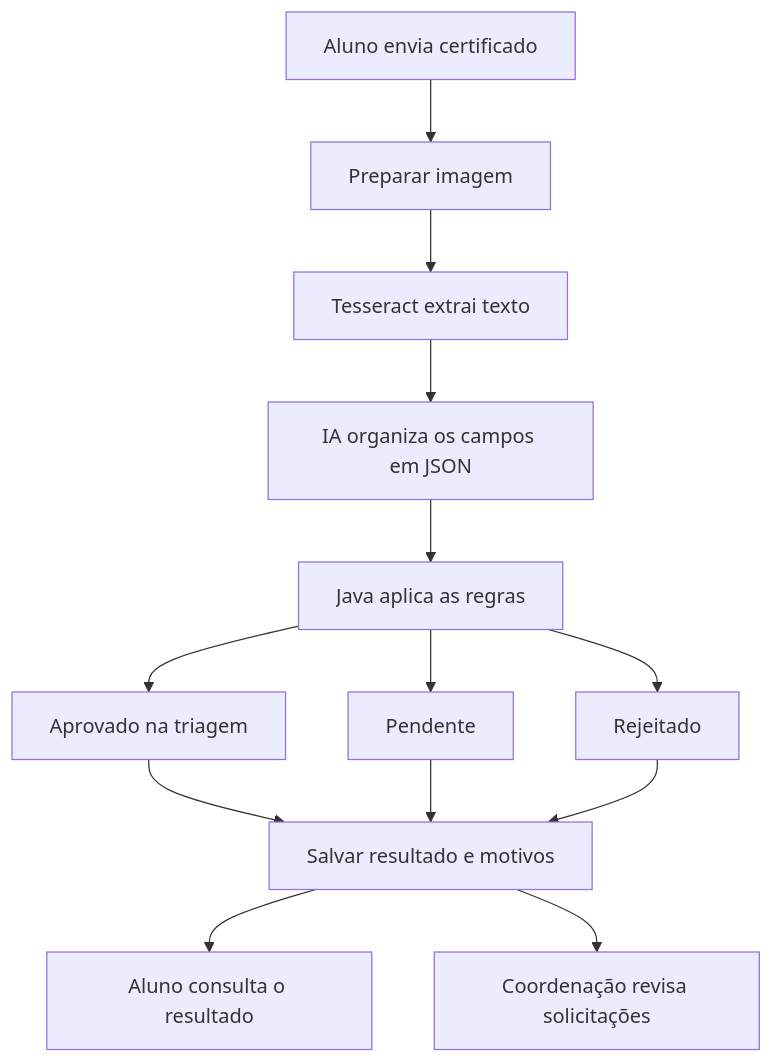
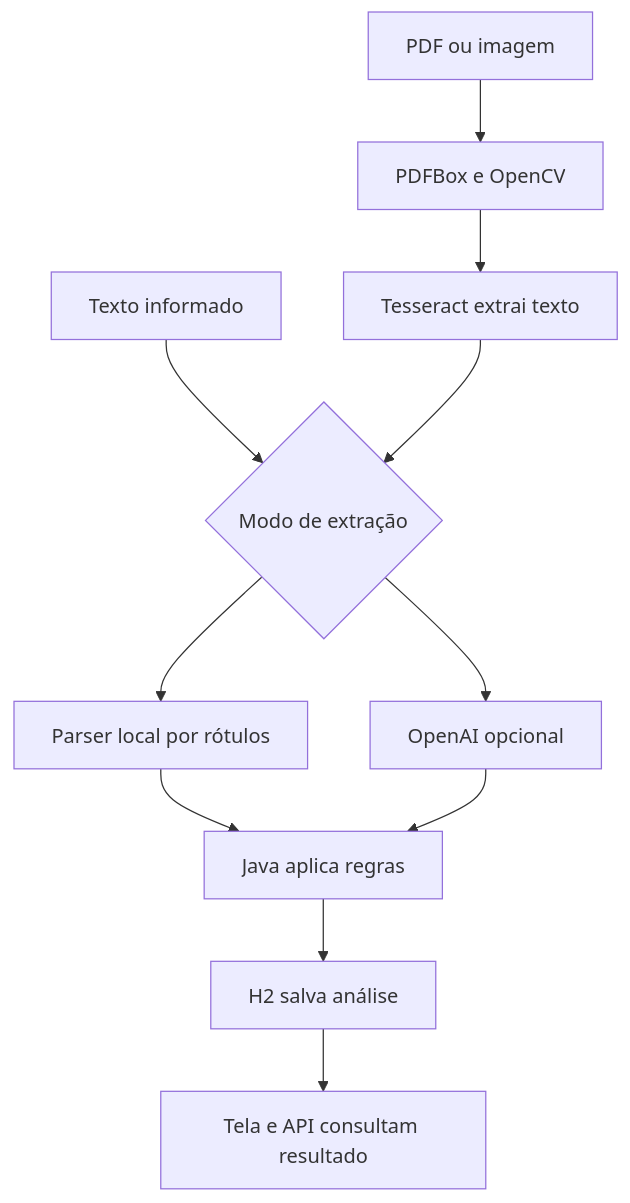
Before and after one commit to luisfim/validacao-certificados: the diagram in README.md, drawn with Mermaid. The commit also changed other lines of this file and 10 other files, not shown here.

````diff
--- a/README.md
+++ b/README.md
@@ -48,15 +129,13 @@
 ```mermaid
 flowchart TD
-    A[Aluno envia certificado] --> B[Preparar imagem]
+    A[PDF ou imagem] --> B[PDFBox e OpenCV]
     B --> C[Tesseract extrai texto]
-    C --> D[IA organiza os campos em JSON]
-    D --> E[Java aplica as regras]
-    E --> F[Aprovado na triagem]
-    E --> G[Pendente]
-    E --> H[Rejeitado]
-    F --> I[Salvar resultado e motivos]
-    G --> I
-    H --> I
-    I --> J[Aluno consulta o resultado]
-    I --> K[Coordenação revisa solicitações]
+    D[Texto informado] --> E{Modo de extração}
+    C --> E
+    E --> F[Parser local por rótulos]
+    E --> G[OpenAI opcional]
+    F --> H[Java aplica regras]
+    G --> H
+    H --> I[H2 salva análise]
+    I --> J[Tela e API consultam resultado]
 ```
````
